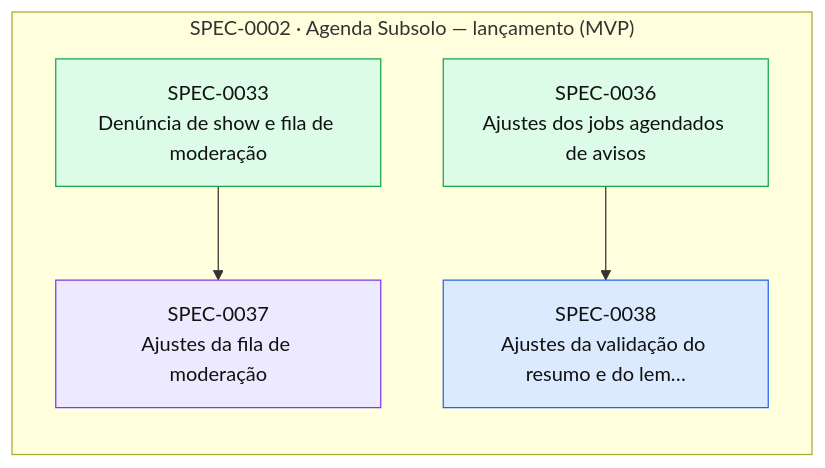
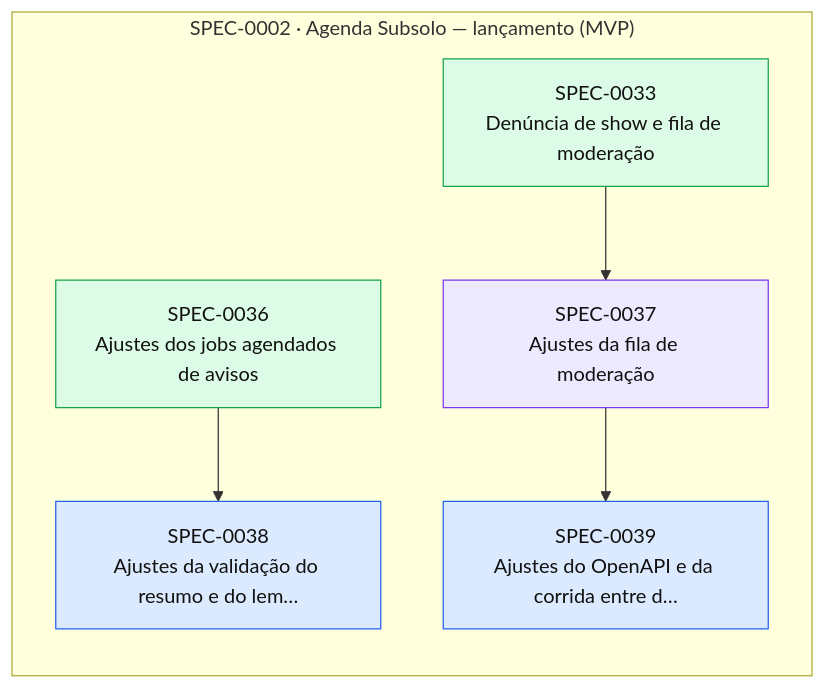
The diagram in docs/specs/INDEX.md (thomasravache/subsolo), drawn with Mermaid before and after one commit. The commit also changed other lines of this file and 3 other files, not shown here.

````diff
--- a/docs/specs/INDEX.md
+++ b/docs/specs/INDEX.md
@@ -67,16 +68,18 @@
 ```mermaid
 flowchart LR
   subgraph E0002["SPEC-0002 · Agenda Subsolo — lançamento (MVP)"]
     S0033["SPEC-0033<br/>Denúncia de show e fila de moderação"]:::implemented
     S0036["SPEC-0036<br/>Ajustes dos jobs agendados de avisos"]:::implemented
     S0037["SPEC-0037<br/>Ajustes da fila de moderação"]:::inprogress
     S0038["SPEC-0038<br/>Ajustes da validação do resumo e do lem…"]:::approved
+    S0039["SPEC-0039<br/>Ajustes do OpenAPI e da corrida entre d…"]:::approved
   end
   S0033 --> S0037
   S0036 --> S0038
+  S0037 --> S0039
   classDef proposed fill:#fef3c7,stroke:#d97706,color:#111
   classDef approved fill:#dbeafe,stroke:#2563eb,color:#111
   classDef inprogress fill:#ede9fe,stroke:#7c3aed,color:#111
   classDef implemented fill:#dcfce7,stroke:#16a34a,color:#111
   classDef deprecated fill:#f3f4f6,stroke:#9ca3af,color:#6b7280
 ```
````
